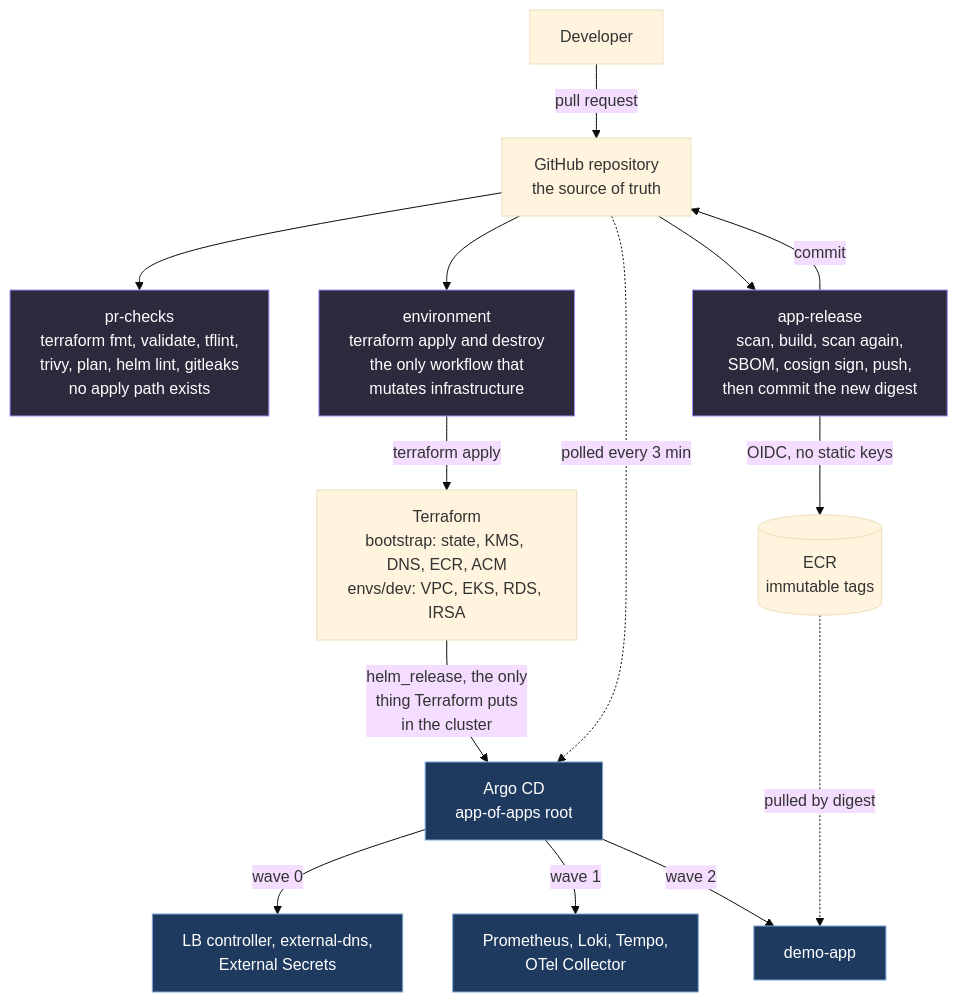
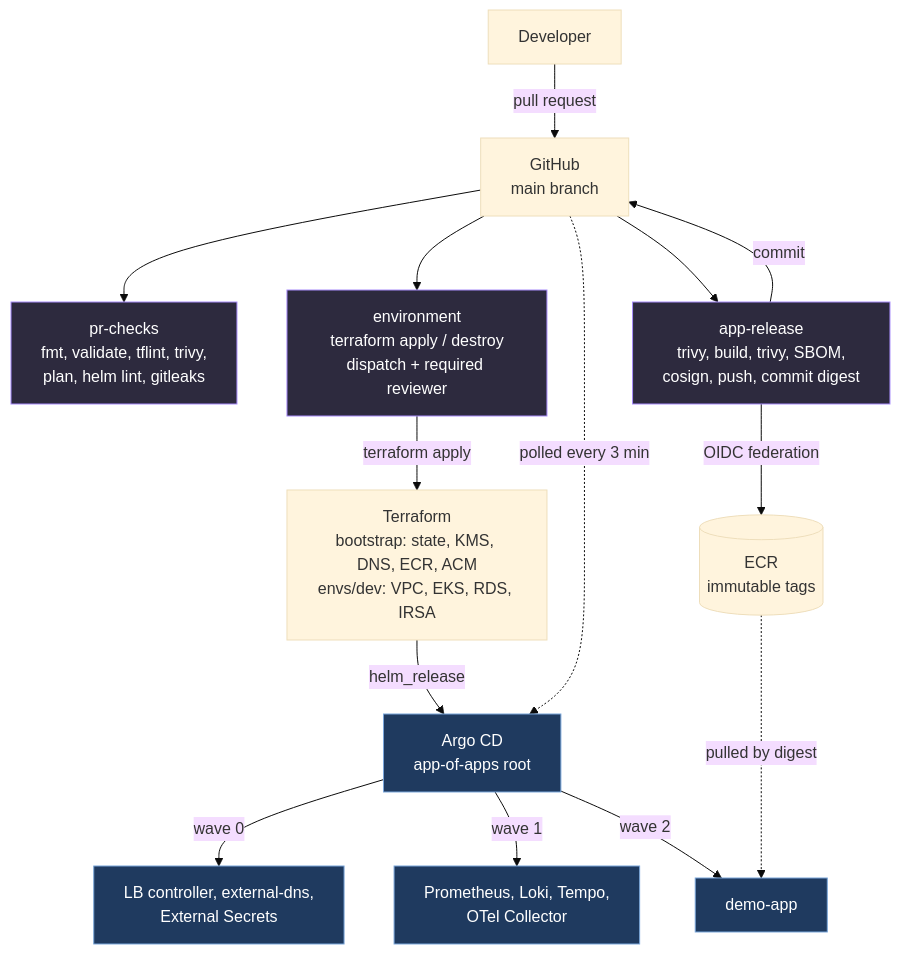
One commit to grandemeks/eks-platform changed the second of 3 diagrams in README.md. Above: the diagram before and after it, drawn with Mermaid (base theme). The commit also changed other lines of this file, not shown here.

Commit message:
docs: improved mermaid diagrams to present infra

````diff
--- a/README.md
+++ b/README.md
@@ -45,25 +45,25 @@
   ```mermaid
   flowchart TB
-      dev["Developer"] -->|"pull request"| gh["GitHub repository<br/>the source of truth"]
+      dev["Developer"] -->|"pull request"| gh["GitHub<br/>main branch"]
 
-      gh --> prc["pr-checks<br/>terraform fmt, validate, tflint,<br/>trivy, plan, helm lint, gitleaks<br/>no apply path exists"]
-      gh --> envwf["environment<br/>terraform apply and destroy<br/>the only workflow that<br/>mutates infrastructure"]
-      gh --> rel["app-release<br/>scan, build, scan again,<br/>SBOM, cosign sign, push,<br/>then commit the new digest"]
+      gh --> prc["pr-checks<br/>fmt, validate, tflint, trivy,<br/>plan, helm lint, gitleaks"]
+      gh --> envwf["environment<br/>terraform apply / destroy<br/>dispatch + required reviewer"]
+      gh --> rel["app-release<br/>trivy, build, trivy, SBOM,<br/>cosign, push, commit digest"]
 
-      rel -->|"OIDC, no static keys"| ecr[("ECR<br/>immutable tags")]
+      rel -->|"OIDC federation"| ecr[("ECR<br/>immutable tags")]
       rel -->|"commit"| gh
 
       envwf -->|"terraform apply"| tf["Terraform<br/>bootstrap: state, KMS, DNS, ECR, ACM<br/>envs/dev: VPC, EKS, RDS, IRSA"]
-      tf -->|"helm_release, the only<br/>thing Terraform puts<br/>in the cluster"| argo["Argo CD<br/>app-of-apps root"]
+      tf -->|"helm_release"| argo["Argo CD<br/>app-of-apps root"]
 
       gh -.->|"polled every 3 min"| argo
       argo -->|"wave 0"| w0["LB controller, external-dns,<br/>External Secrets"]
       argo -->|"wave 1"| w1["Prometheus, Loki, Tempo,<br/>OTel Collector"]
       argo -->|"wave 2"| w2["demo-app"]
       ecr -.->|"pulled by digest"| w2
 
       classDef ci fill:#2d2a3e,stroke:#a78bfa,color:#ffffff
       classDef k8s fill:#1f3a5f,stroke:#7aa6da,color:#ffffff
       class prc,envwf,rel ci
       class argo,w0,w1,w2 k8s
   ```
````
